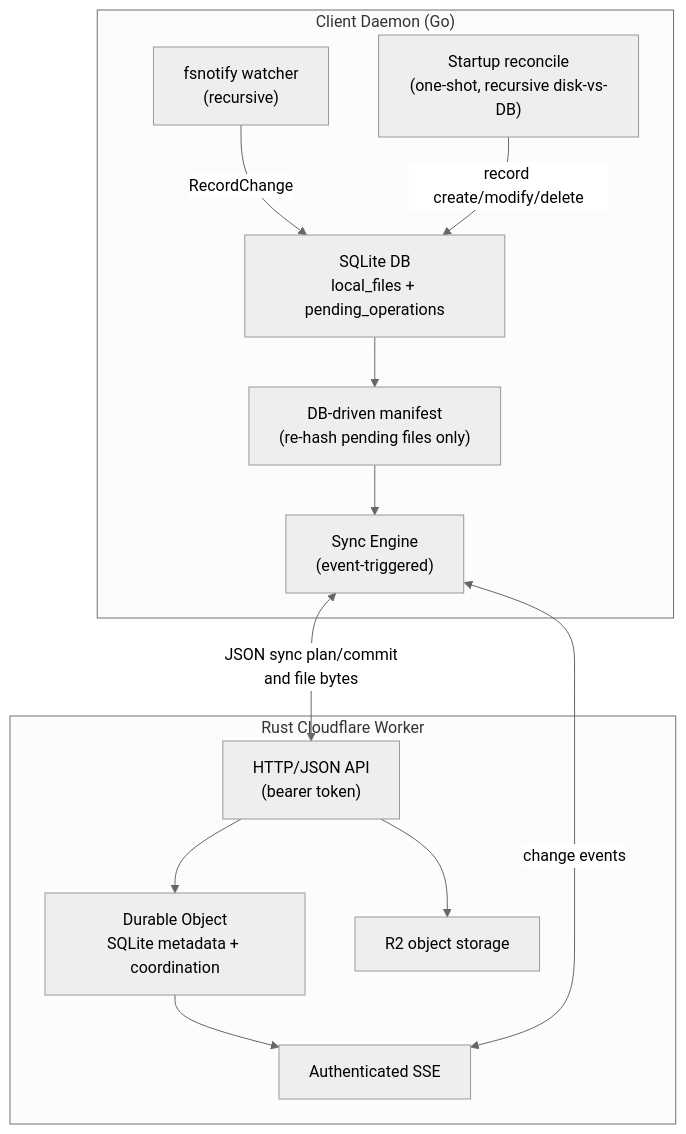
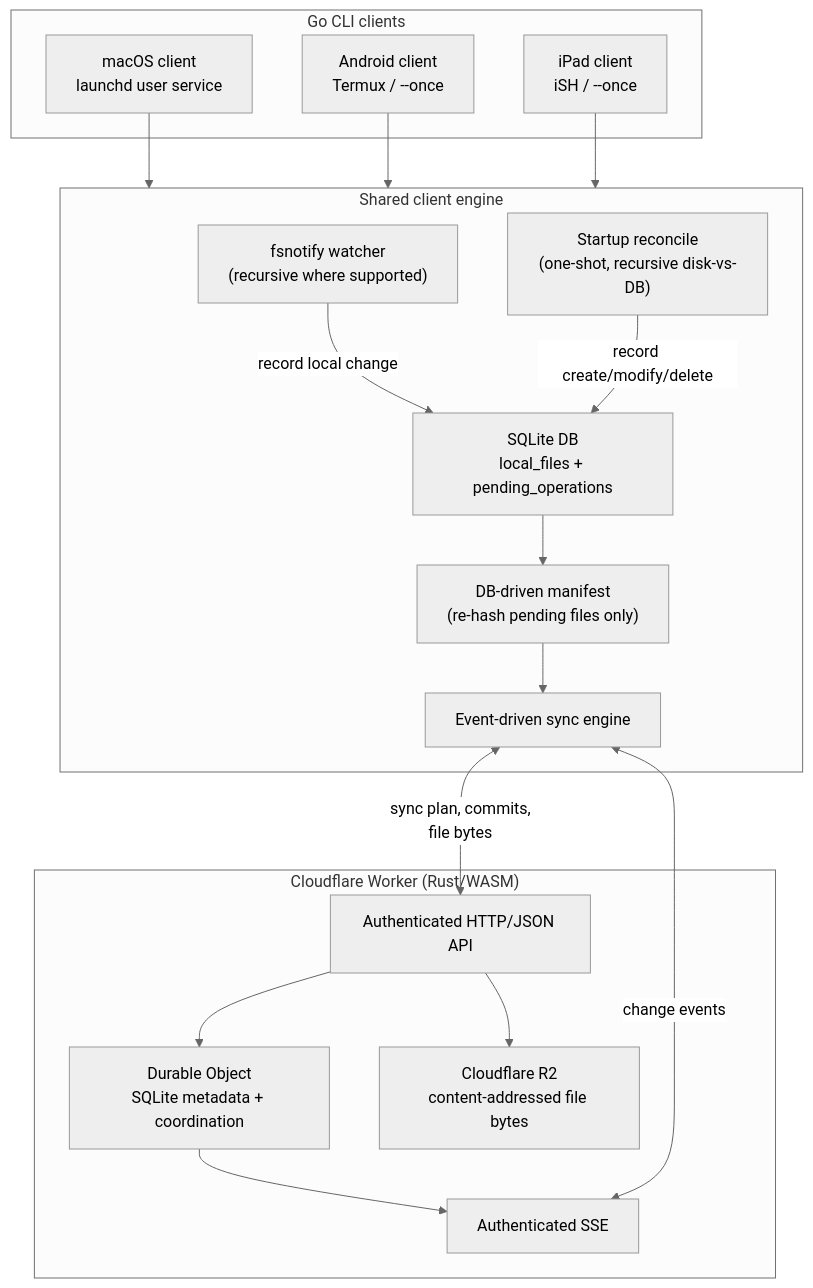
One commit to ShivangNagta/data_sync changed the diagram in MAIN.md. Above: the diagram before and after it, drawn with Mermaid (neutral theme). The commit also changed 7 other files, not shown here.

Commit message:
DOCS: Update current architecture

````diff
--- a/MAIN.md
+++ b/MAIN.md
@@ -7,29 +7,39 @@
 ```mermaid
 flowchart TB
-    subgraph Client["Client Daemon (Go)"]
-        Watcher["fsnotify watcher<br/>(recursive)"]
+    subgraph Clients["Go CLI clients"]
+        Mac["macOS client<br/>launchd user service"]
+        Android["Android client<br/>Termux / --once"]
+        IPad["iPad client<br/>iSH / --once"]
+    end
+
+    subgraph Client["Shared client engine"]
+        Watcher["fsnotify watcher<br/>(recursive where supported)"]
         Reconcile["Startup reconcile<br/>(one-shot, recursive disk-vs-DB)"]
         LocalDB["SQLite DB<br/>local_files + pending_operations"]
         Manifest["DB-driven manifest<br/>(re-hash pending files only)"]
-        SyncEngine["Sync Engine<br/>(event-triggered)"]
+        SyncEngine["Event-driven sync engine"]
 
-        Watcher -->|"RecordChange"| LocalDB
+        Watcher -->|"record local change"| LocalDB
         Reconcile -->|"record create/modify/delete"| LocalDB
         LocalDB --> Manifest
         Manifest --> SyncEngine
     end
 
-    subgraph Worker["Rust Cloudflare Worker"]
-        API["HTTP/JSON API<br/>(bearer token)"]
+    subgraph Worker["Cloudflare Worker (Rust/WASM)"]
+        API["Authenticated HTTP/JSON API"]
         DurableObject["Durable Object<br/>SQLite metadata + coordination"]
-        R2Client["R2 object storage"]
+        R2["Cloudflare R2<br/>content-addressed file bytes"]
         Events["Authenticated SSE"]
 
         API --> DurableObject
-        API --> R2Client
+        API --> R2
         DurableObject --> Events
     end
 
-    SyncEngine <-->|"JSON sync plan/commit<br/>and file bytes"| API
+    Mac --> Client
+    Android --> Client
+    IPad --> Client
+
+    SyncEngine <-->|"sync plan, commits,<br/>file bytes"| API
     SyncEngine <-->|"change events"| Events
 ```
````
